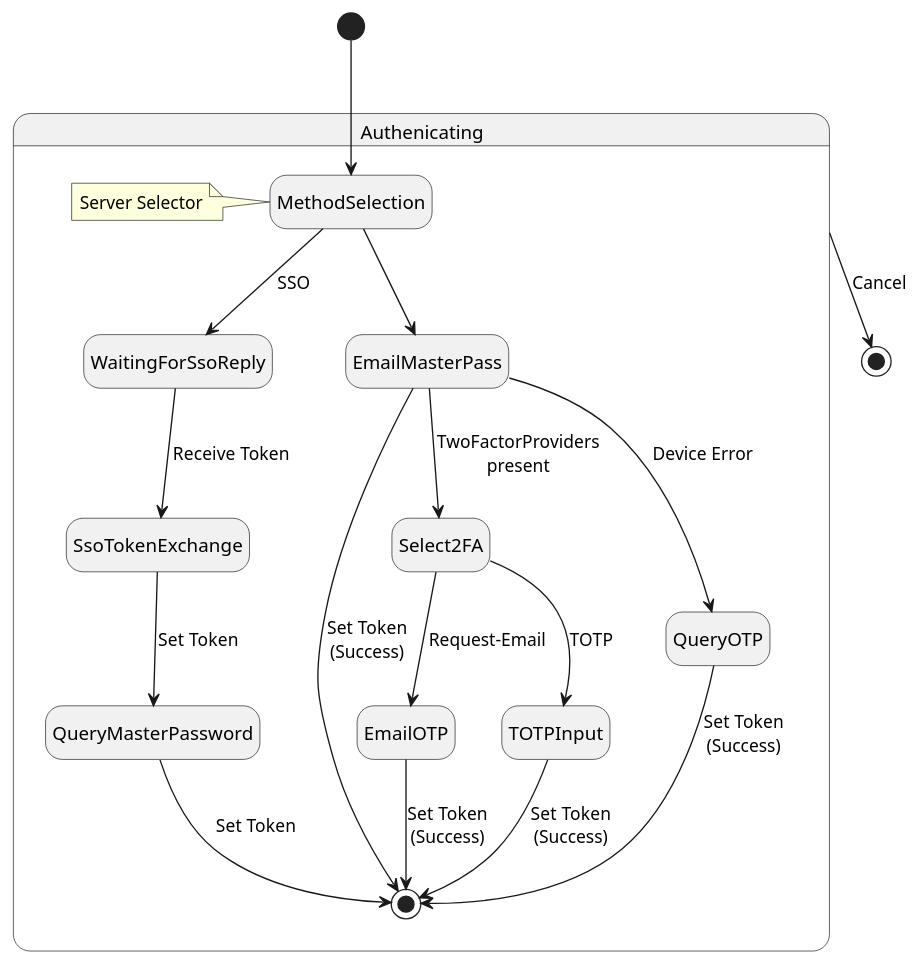
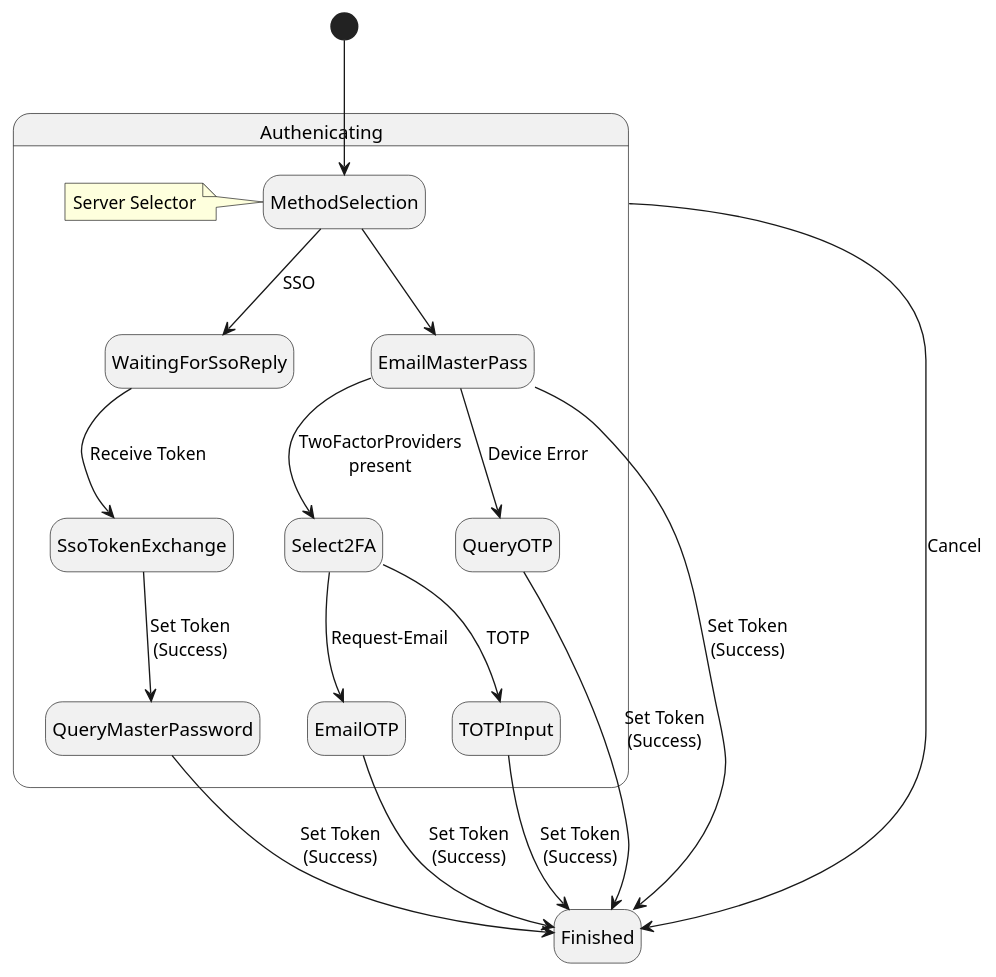
The diagram in src/main/site/BitwardenClientAuthentication.puml (matthiasblaesing/bitwardenagent), drawn with PlantUML before and after one commit. The commit also changed 37 other files, not shown here.

```diff
--- a/src/main/site/BitwardenClientAuthentication.puml
+++ b/src/main/site/BitwardenClientAuthentication.puml
@@ -1,32 +1,33 @@
 @startuml
 
 hide empty description
+
+state Finished
 
 state Authenicating {
     state MethodSelection
 
 MethodSelection --> WaitingForSsoReply : SSO
 MethodSelection --> EmailMasterPass
-EmailMasterPass --> [*] : Set Token\n(Success)
+EmailMasterPass --> Finished : Set Token\n(Success)
 EmailMasterPass --> Select2FA : TwoFactorProviders\npresent
 Select2FA --> EmailOTP : Request-Email
 Select2FA --> TOTPInput : TOTP
-TOTPInput --> [*] : Set Token\n(Success)
-EmailOTP --> [*] : Set Token\n(Success)
+TOTPInput --> Finished : Set Token\n(Success)
+EmailOTP --> Finished : Set Token\n(Success)
 EmailMasterPass --> QueryOTP : Device Error
-QueryOTP --> [*] : Set Token\n(Success)
+QueryOTP --> Finished : Set Token\n(Success)
 WaitingForSsoReply --> SsoTokenExchange : Receive Token
-SsoTokenExchange --> QueryMasterPassword : Set Token
-QueryMasterPassword --> [*] : Set Token
+SsoTokenExchange --> QueryMasterPassword : Set Token\n(Success)
+QueryMasterPassword --> Finished : Set Token\n(Success)
 
 
 note left of MethodSelection : Server Selector
 }
 
 [*] --> MethodSelection
-Authenicating --> [*] : Cancel
-
+Authenicating --> Finished : Cancel
 
 
 
 @enduml
```
